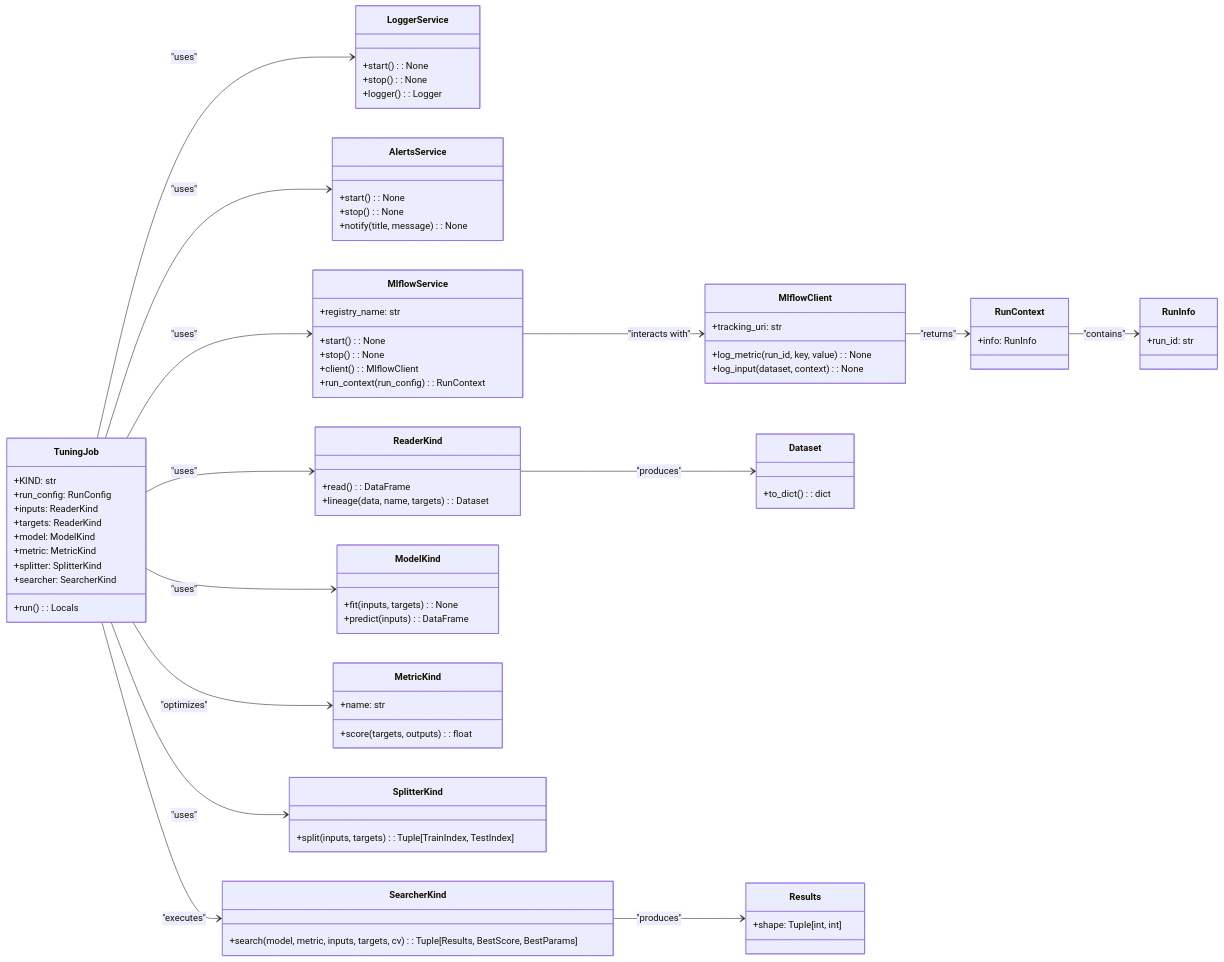
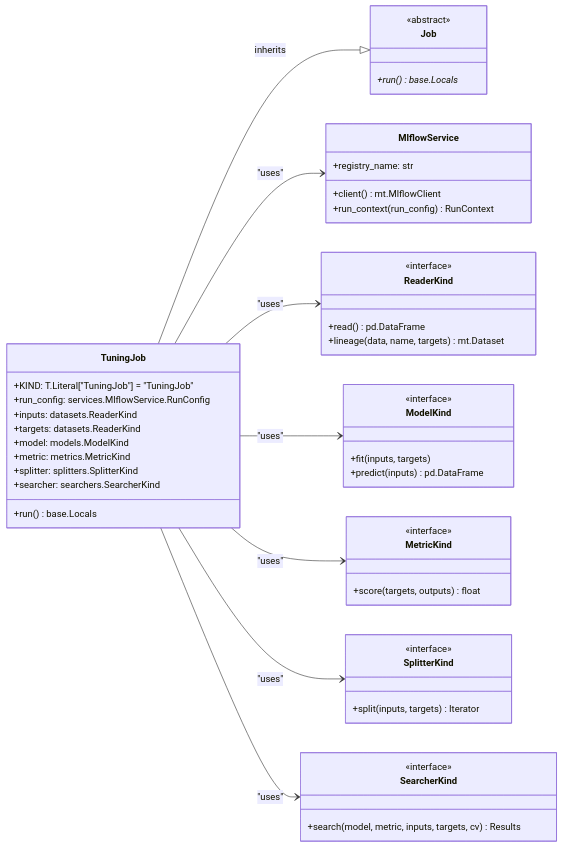
The diagram in Documents/Tuning_stories.md (lgcorzo/mlops-python-package), drawn with Mermaid before and after one commit. The commit also changed other lines of this file and 21 other files, not shown here.

````diff
--- a/Documents/Tuning_stories.md
+++ b/Documents/Tuning_stories.md
@@ -21,96 +21,61 @@
 ```mermaid
 classDiagram
-direction LR
-
+    direction LR
     class TuningJob {
-        +KIND: str
-        +run_config: RunConfig
-        +inputs: ReaderKind
-        +targets: ReaderKind
-        +model: ModelKind
-        +metric: MetricKind
-        +splitter: SplitterKind
-        +searcher: SearcherKind
-        +run() : Locals
+        +KIND: T.Literal["TuningJob"] = "TuningJob"
+        +run_config: services.MlflowService.RunConfig
+        +inputs: datasets.ReaderKind
+        +targets: datasets.ReaderKind
+        +model: models.ModelKind
+        +metric: metrics.MetricKind
+        +splitter: splitters.SplitterKind
+        +searcher: searchers.SearcherKind
+        +run() base.Locals
     }
 
-    class LoggerService {
-        +start() : None
-        +stop() : None
-        +logger() : Logger
+    class Job {
+        <<abstract>>
+        +run()* base.Locals
     }
-
-    class AlertsService {
-        +start() : None
-        +stop() : None
-        +notify(title, message) : None
-    }
+    TuningJob --|> Job : inherits
 
     class MlflowService {
-        +start() : None
-        +stop() : None
-        +client() : MlflowClient
-        +run_context(run_config) : RunContext
+        +client() mt.MlflowClient
+        +run_context(run_config) RunContext
         +registry_name: str
     }
 
-    class MlflowClient {
-        +log_metric(run_id, key, value) : None
-        +log_input(dataset, context) : None
-        +tracking_uri: str
-    }
-
-    class RunContext {
-        +info: RunInfo
-    }
-
-    class RunInfo {
-        +run_id: str
-    }
-
     class ReaderKind {
-        +read() : DataFrame
-        +lineage(data, name, targets) : Dataset
-    }
-
-    class Dataset {
-        +to_dict() : dict
+        <<interface>>
+        +read() pd.DataFrame
+        +lineage(data, name, targets) mt.Dataset
     }
 
     class ModelKind {
-        +fit(inputs, targets) : None
-        +predict(inputs) : DataFrame
+        <<interface>>
+        +fit(inputs, targets)
+        +predict(inputs) pd.DataFrame
     }
 
     class MetricKind {
-        +name: str
-        +score(targets, outputs) : float
+        <<interface>>
+        +score(targets, outputs) float
     }
 
     class SplitterKind {
-        +split(inputs, targets) : Tuple[TrainIndex, TestIndex]
+        <<interface>>
+        +split(inputs, targets) Iterator
     }
 
     class SearcherKind {
-        +search(model, metric, inputs, targets, cv) : Tuple[Results, BestScore, BestParams]
+        <<interface>>
+        +search(model, metric, inputs, targets, cv) Results
     }
 
-    class Results {
-        +shape: Tuple[int, int]
-    }
-
-    TuningJob --> LoggerService : "uses"
-    TuningJob --> AlertsService : "uses"
     TuningJob --> MlflowService : "uses"
-    MlflowService --> MlflowClient : "interacts with"
-    MlflowClient --> RunContext : "returns"
-    RunContext --> RunInfo : "contains"
     TuningJob --> ReaderKind : "uses"
-    ReaderKind --> Dataset : "produces"
     TuningJob --> ModelKind : "uses"
-    TuningJob --> MetricKind : "optimizes"
+    TuningJob --> MetricKind : "uses"
     TuningJob --> SplitterKind : "uses"
-    TuningJob --> SearcherKind : "executes"
-    SearcherKind --> Results : "produces"
-
+    TuningJob --> SearcherKind : "uses"
 ```
````
